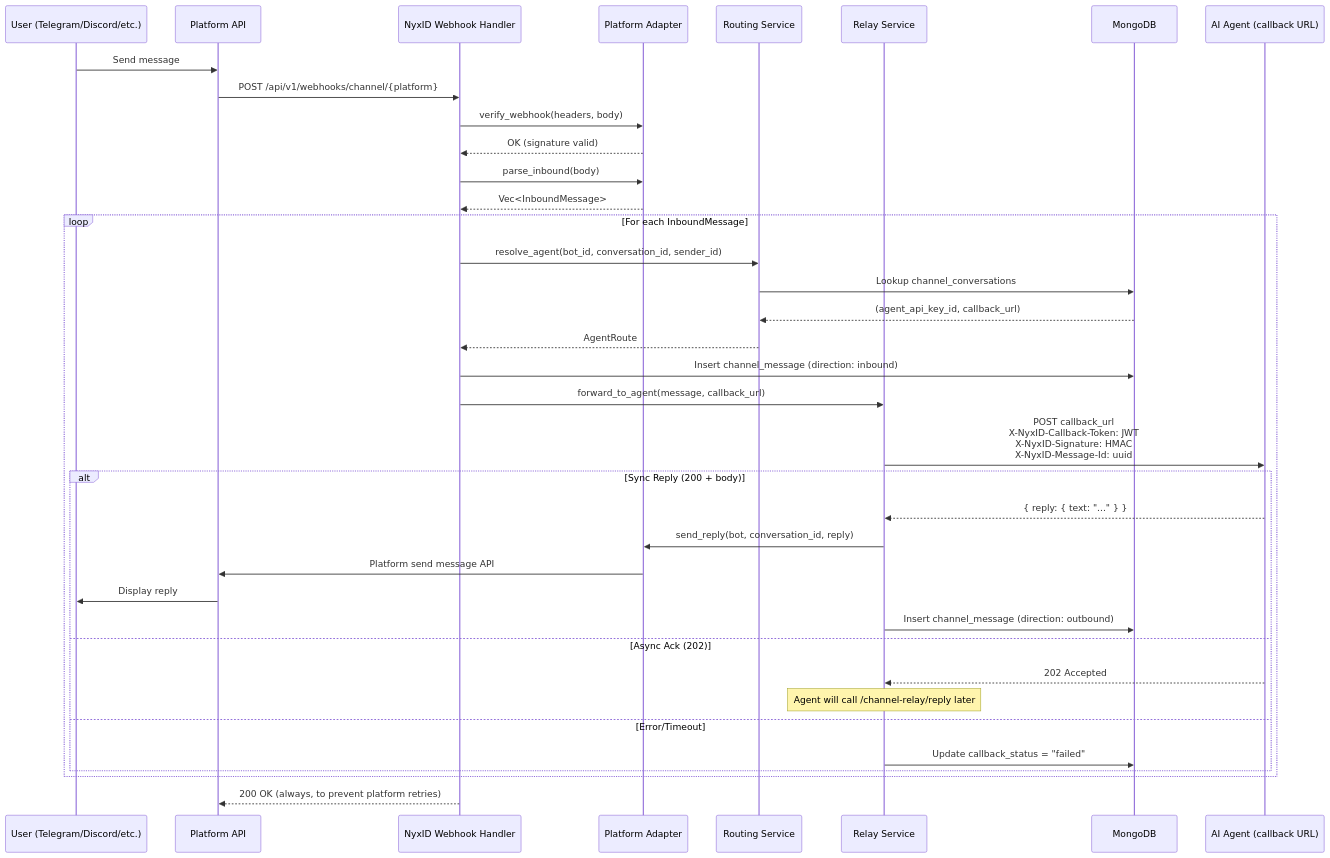
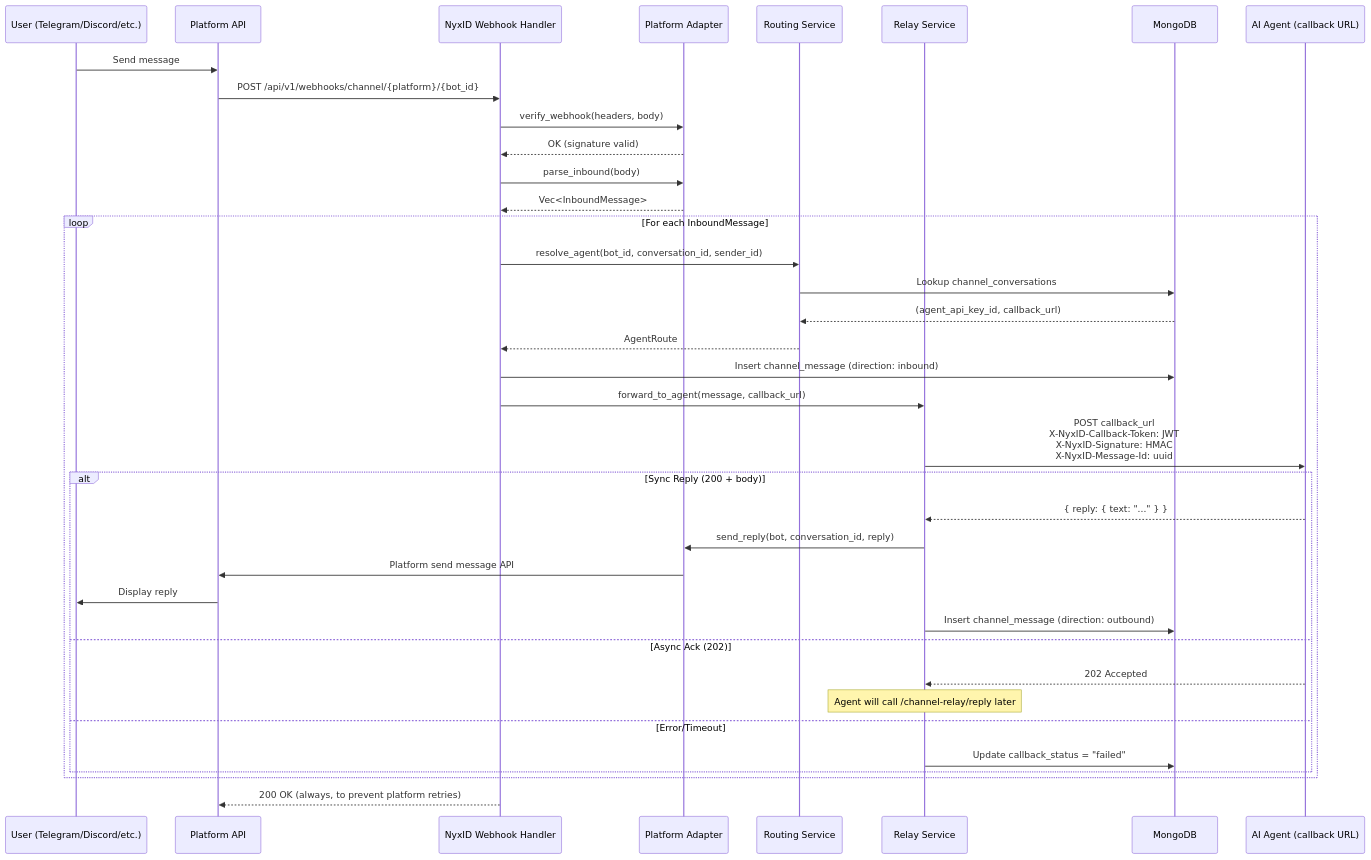
The second of 17 diagrams in docs/CHANNEL_BOT_RELAY.md (AbigailDeng/NyxID), drawn with Mermaid before and after one commit. The commit also changed other lines of this file and 154 other files, not shown here.

````diff
--- a/docs/CHANNEL_BOT_RELAY.md
+++ b/docs/CHANNEL_BOT_RELAY.md
@@ -256,45 +262,45 @@
 ```mermaid
 sequenceDiagram
     participant U as User (Telegram/Discord/etc.)
     participant P as Platform API
     participant W as NyxID Webhook Handler
     participant A as Platform Adapter
     participant R as Routing Service
     participant RL as Relay Service
     participant DB as MongoDB
     participant AG as AI Agent (callback URL)
 
     U->>P: Send message
-    P->>W: POST /api/v1/webhooks/channel/{platform}
+    P->>W: POST /api/v1/webhooks/channel/{platform}/{bot_id}
     W->>A: verify_webhook(headers, body)
     A-->>W: OK (signature valid)
     W->>A: parse_inbound(body)
     A-->>W: Vec<InboundMessage>
 
     loop For each InboundMessage
         W->>R: resolve_agent(bot_id, conversation_id, sender_id)
         R->>DB: Lookup channel_conversations
         DB-->>R: (agent_api_key_id, callback_url)
         R-->>W: AgentRoute
 
         W->>DB: Insert channel_message (direction: inbound)
 
         W->>RL: forward_to_agent(message, callback_url)
         RL->>AG: POST callback_url<br/>X-NyxID-Callback-Token: JWT<br/>X-NyxID-Signature: HMAC<br/>X-NyxID-Message-Id: uuid
 
         alt Sync Reply (200 + body)
             AG-->>RL: { reply: { text: "..." } }
             RL->>A: send_reply(bot, conversation_id, reply)
             A->>P: Platform send message API
             P->>U: Display reply
             RL->>DB: Insert channel_message (direction: outbound)
         else Async Ack (202)
             AG-->>RL: 202 Accepted
             Note over RL: Agent will call /channel-relay/reply later
         else Error/Timeout
             RL->>DB: Update callback_status = "failed"
         end
     end
 
     W-->>P: 200 OK (always, to prevent platform retries)
 ```
````
